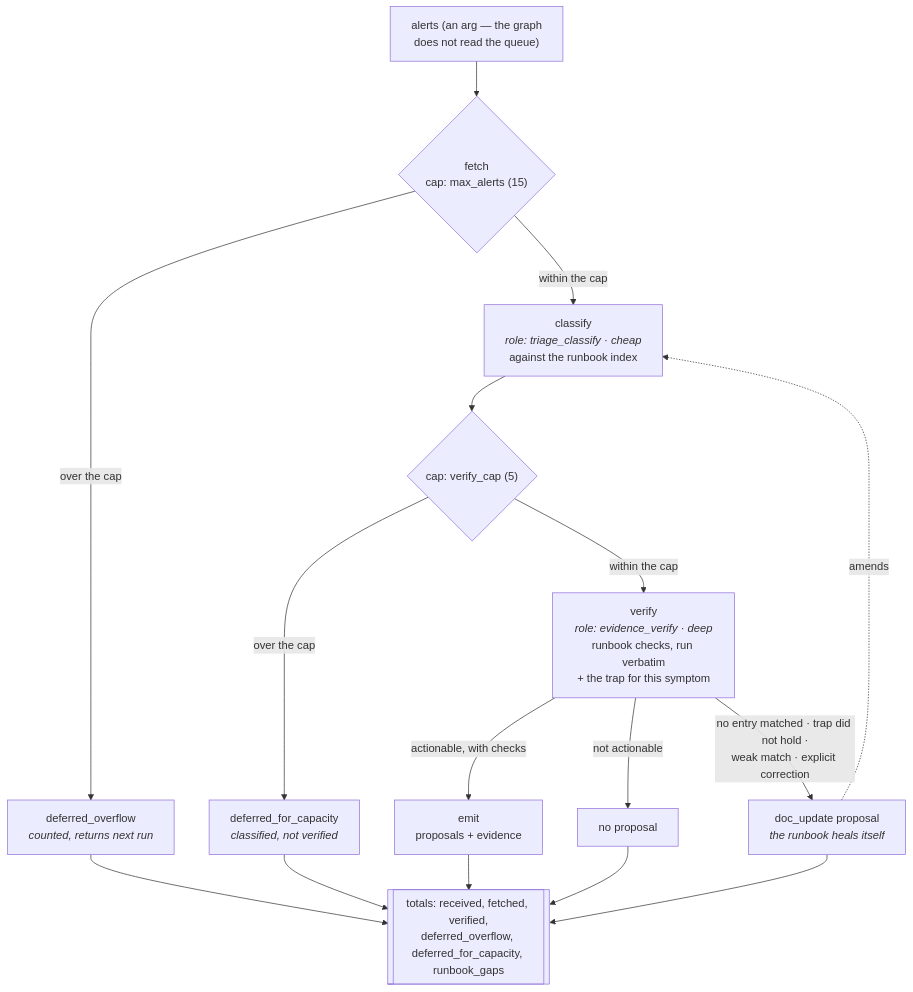
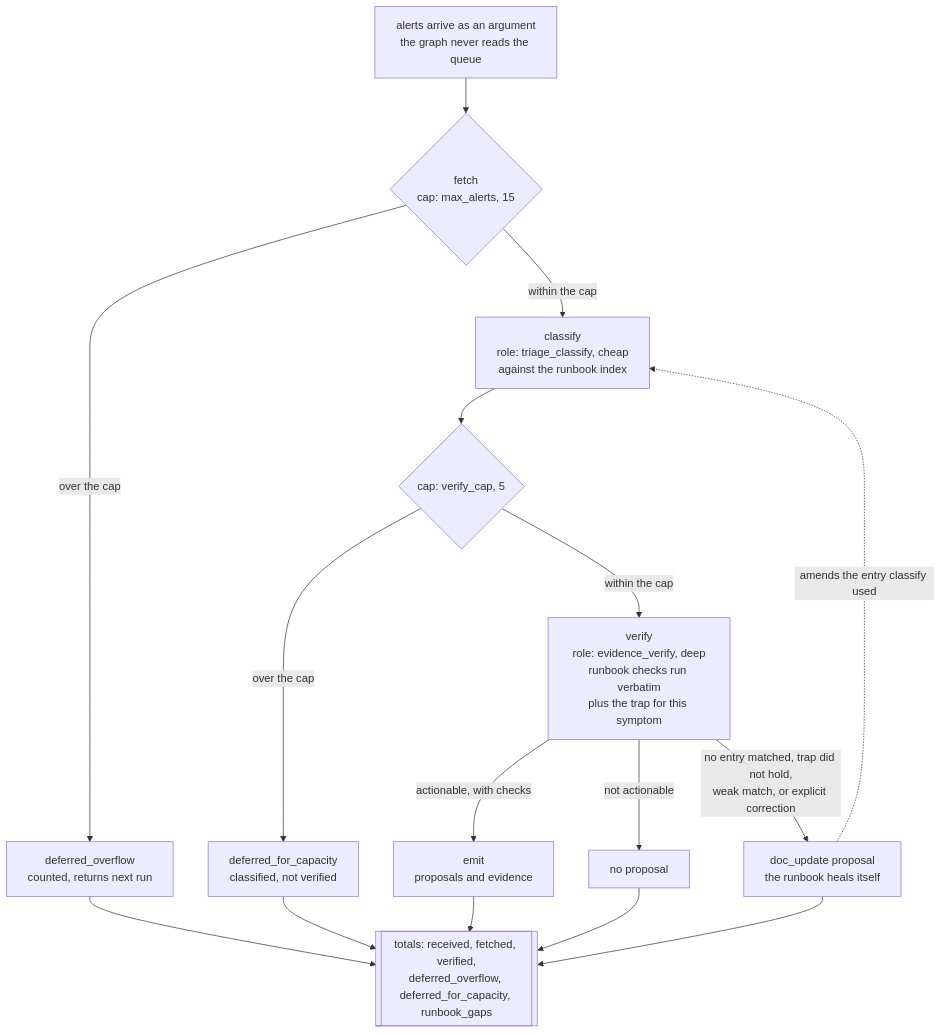
The diagram in graphs/ops/triage-propose.md (ppfenning/coxswain-graphs), drawn with Mermaid before and after one commit. The commit also changed 1 other file, not shown here.

Commit message:
docs: the graph specs say harness, not shell.py
lifecycle-propose still drew its side-effect subgraph as "shell.py", which is
now a two-line shim over the harness package. Renamed, and the auto-apply arm
now draws through to the same worktree apply the gate does — it always did,
but the diagram showed the arm dead-ending, which reads as if a graduated kind
lands somewhere else.

Both specs drop <i> markup from node labels. It carried no meaning that the
line breaks did not already carry, and italics are the construct most likely
to differ between renderer versions.

Claude-Session: https://claude.ai/code/session_01L1UMHg1oeKkZDnTgFQYH8T

````diff
--- a/graphs/ops/triage-propose.md
+++ b/graphs/ops/triage-propose.md
@@ -18,32 +18,30 @@
 ```mermaid
 flowchart TB
-    QUEUE["alerts (an arg — the graph<br/>does not read the queue)"]
-
+    QUEUE["alerts arrive as an argument<br/>the graph never reads the queue"]
     QUEUE --> FETCH
 
-    FETCH{"fetch<br/>cap: max_alerts (15)"}
-    FETCH -- "over the cap" --> OVER["deferred_overflow<br/><i>counted, returns next run</i>"]
+    FETCH{"fetch<br/>cap: max_alerts, 15"}
+    FETCH -- "over the cap" --> OVER["deferred_overflow<br/>counted, returns next run"]
     FETCH -- "within the cap" --> CLASSIFY
 
-    CLASSIFY["classify<br/><i>role: triage_classify · cheap</i><br/>against the runbook index"]
-
-    CLASSIFY --> VCAP{"cap: verify_cap (5)"}
-    VCAP -- "over the cap" --> CAPD["deferred_for_capacity<br/><i>classified, not verified</i>"]
+    CLASSIFY["classify<br/>role: triage_classify, cheap<br/>against the runbook index"]
+    CLASSIFY --> VCAP{"cap: verify_cap, 5"}
+    VCAP -- "over the cap" --> CAPD["deferred_for_capacity<br/>classified, not verified"]
     VCAP -- "within the cap" --> VERIFY
 
-    VERIFY["verify<br/><i>role: evidence_verify · deep</i><br/>runbook checks, run verbatim<br/>+ the trap for this symptom"]
+    VERIFY["verify<br/>role: evidence_verify, deep<br/>runbook checks run verbatim<br/>plus the trap for this symptom"]
 
-    VERIFY -- "actionable, with checks" --> EMIT["emit<br/>proposals + evidence"]
+    VERIFY -- "actionable, with checks" --> EMIT["emit<br/>proposals and evidence"]
     VERIFY -- "not actionable" --> QUIET["no proposal"]
-    VERIFY -- "no entry matched · trap did not hold ·<br/>weak match · explicit correction" --> HEAL["doc_update proposal<br/><i>the runbook heals itself</i>"]
+    VERIFY -- "no entry matched, trap did not hold,<br/>weak match, or explicit correction" --> HEAL["doc_update proposal<br/>the runbook heals itself"]
 
-    HEAL -.->|"amends"| CLASSIFY
+    HEAL -. "amends the entry classify used" .-> CLASSIFY
 
     OVER --> TOTALS
     CAPD --> TOTALS
     EMIT --> TOTALS
     QUIET --> TOTALS
     HEAL --> TOTALS
 
     TOTALS[["totals: received, fetched, verified,<br/>deferred_overflow, deferred_for_capacity, runbook_gaps"]]
 ```
````
